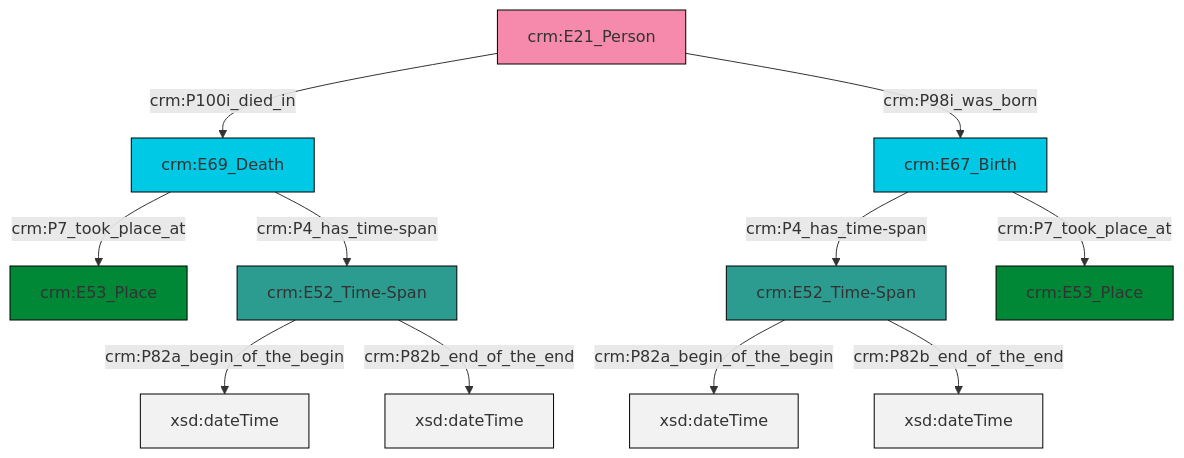
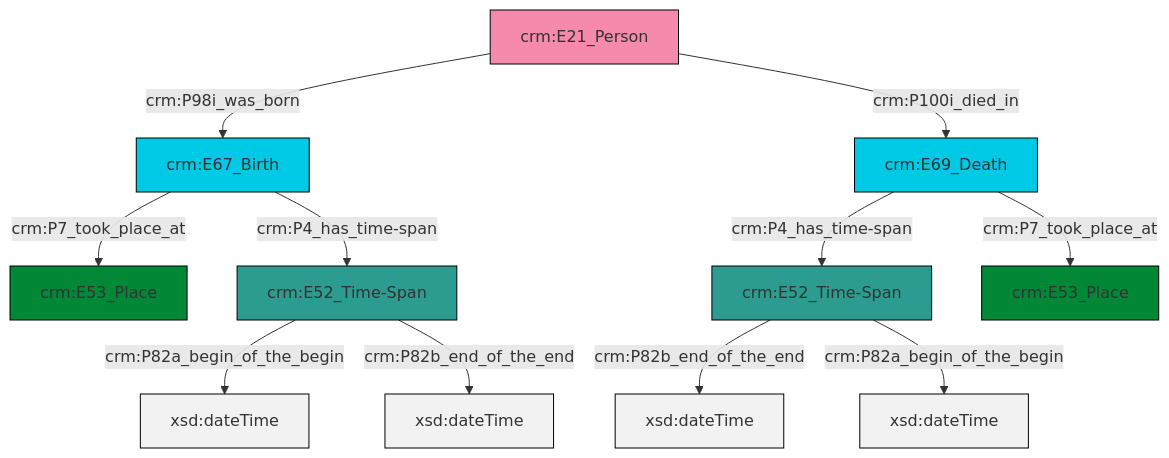
Before and after one commit to swiss-art-research-net/reference-data-models: the diagram in et/personCSV/ttl/mmd/Person_Existence.ttl.mmd, drawn with Mermaid. The commit also changed 124 other files, not shown here.

```diff
--- a/et/personCSV/ttl/mmd/Person_Existence.ttl.mmd
+++ b/et/personCSV/ttl/mmd/Person_Existence.ttl.mmd
@@ -1,25 +1,25 @@
 graph TD
 classDef Literal fill:#f2f2f2,stroke:#000000;
 classDef CRM_Entity fill:#FFFFFF,stroke:#000000;
 classDef Temporal_Entity fill:#00C9E6, stroke:#000000;
 classDef Type fill:#E18312, stroke:#000000;
 classDef Time-Span fill:#2C9C91, stroke:#000000;
 classDef Appellation fill:#FFEB7F, stroke:#000000;
 classDef Place fill:#008836, stroke:#000000;
 classDef Persistent_Item fill:#B266B2, stroke:#000000;
 classDef Conceptual_Object fill:#FFD700, stroke:#000000;
 classDef Physical_Thing fill:#D2B48C, stroke:#000000;
 classDef Actor fill:#f58aad, stroke:#000000;
 classDef PC_Classes fill:#4ce600, stroke:#000000;
 classDef Multi fill:#cccccc,stroke:#000000;
 
+0["crm:E21_Person"]:::Actor -->|crm:P98i_was_born| 1["crm:E67_Birth"]:::Temporal_Entity
 2["crm:E52_Time-Span"]:::Time-Span -->|crm:P82a_begin_of_the_begin| 3[xsd:dateTime]:::Literal
-6["crm:E67_Birth"]:::Temporal_Entity -->|crm:P4_has_time-span| 2["crm:E52_Time-Span"]:::Time-Span
-0["crm:E21_Person"]:::Actor -->|crm:P100i_died_in| 7["crm:E69_Death"]:::Temporal_Entity
-6["crm:E67_Birth"]:::Temporal_Entity -->|crm:P7_took_place_at| 4["crm:E53_Place"]:::Place
-7["crm:E69_Death"]:::Temporal_Entity -->|crm:P7_took_place_at| 11["crm:E53_Place"]:::Place
-8["crm:E52_Time-Span"]:::Time-Span -->|crm:P82a_begin_of_the_begin| 12[xsd:dateTime]:::Literal
-2["crm:E52_Time-Span"]:::Time-Span -->|crm:P82b_end_of_the_end| 15[xsd:dateTime]:::Literal
-7["crm:E69_Death"]:::Temporal_Entity -->|crm:P4_has_time-span| 8["crm:E52_Time-Span"]:::Time-Span
-0["crm:E21_Person"]:::Actor -->|crm:P98i_was_born| 6["crm:E67_Birth"]:::Temporal_Entity
-8["crm:E52_Time-Span"]:::Time-Span -->|crm:P82b_end_of_the_end| 17[xsd:dateTime]:::Literal
+4["crm:E69_Death"]:::Temporal_Entity -->|crm:P4_has_time-span| 6["crm:E52_Time-Span"]:::Time-Span
+1["crm:E67_Birth"]:::Temporal_Entity -->|crm:P7_took_place_at| 7["crm:E53_Place"]:::Place
+2["crm:E52_Time-Span"]:::Time-Span -->|crm:P82b_end_of_the_end| 8[xsd:dateTime]:::Literal
+4["crm:E69_Death"]:::Temporal_Entity -->|crm:P7_took_place_at| 10["crm:E53_Place"]:::Place
+1["crm:E67_Birth"]:::Temporal_Entity -->|crm:P4_has_time-span| 2["crm:E52_Time-Span"]:::Time-Span
+6["crm:E52_Time-Span"]:::Time-Span -->|crm:P82b_end_of_the_end| 14[xsd:dateTime]:::Literal
+0["crm:E21_Person"]:::Actor -->|crm:P100i_died_in| 4["crm:E69_Death"]:::Temporal_Entity
+6["crm:E52_Time-Span"]:::Time-Span -->|crm:P82a_begin_of_the_begin| 17[xsd:dateTime]:::Literal
```
